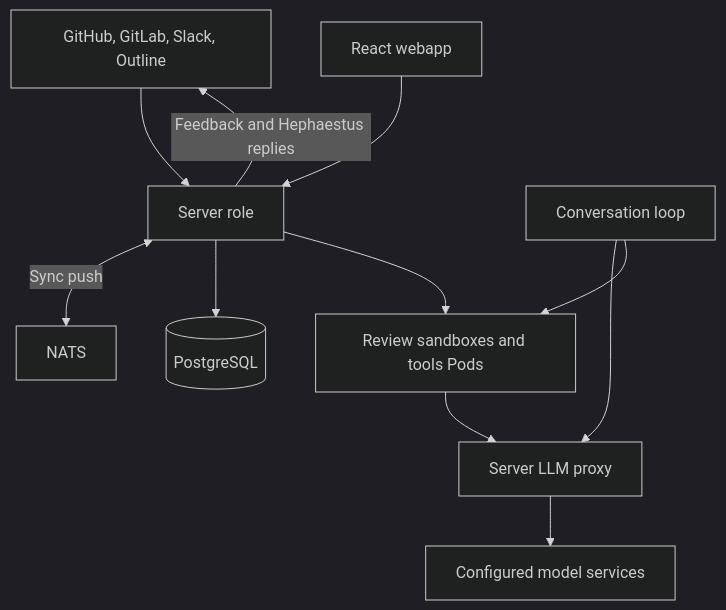
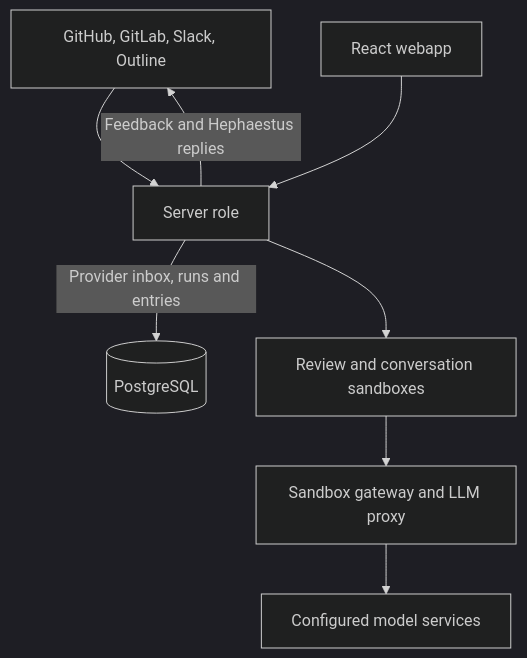
The first of 3 diagrams in docs/contributor/system-design.mdx (hephaestus-build/Hephaestus), drawn with Mermaid (dark theme) before and after one commit. The commit also changed other lines of this file and 279 other files, not shown here.

Commit message:
refactor(server): run conversation turns in shared sandboxes

````diff
--- a/docs/contributor/system-design.mdx
+++ b/docs/contributor/system-design.mdx
@@ -10,15 +10,12 @@
 ```mermaid
 flowchart TB
     accTitle: Hephaestus runtime topology
-    accDescr: The webapp calls the server. The server's receiver verifies provider events and stores admitted events in PostgreSQL. The server claims them and writes jobs and conversation turns to PostgreSQL. With sandboxes enabled, the server claims them from PostgreSQL and runs reviews in sandboxes. The conversation loop pulls conversation turns from the servers and runs their tools in tools Pods.
+    accDescr: The webapp calls the server. The server verifies provider events and stores them in its PostgreSQL inbox. It claims provider events and review and conversation runs from PostgreSQL. Sandbox drivers renew run leases and call any server replica through the sandbox gateway. The gateway streams conversation deltas through PostgreSQL to each live hub.
     Providers[GitHub, GitLab, Slack, Outline] --> Server[Server role]
-    Server <-->|Sync push| NATS[NATS]
     SPA[React webapp] --> Server
-    Server --> DB[(PostgreSQL)]
-    Server --> Sandbox[Review sandboxes and tools Pods]
-    Loop[Conversation loop] --> Proxy
-    Loop --> Sandbox
-    Sandbox --> Proxy[Server LLM proxy]
+    Server -->|Provider inbox, runs and entries| DB[(PostgreSQL)]
+    Server --> Sandbox[Review and conversation sandboxes]
+    Sandbox --> Proxy[Sandbox gateway and LLM proxy]
     Proxy --> Models[Configured model services]
     Server -->|Feedback and Hephaestus replies| Providers
 ```
````
